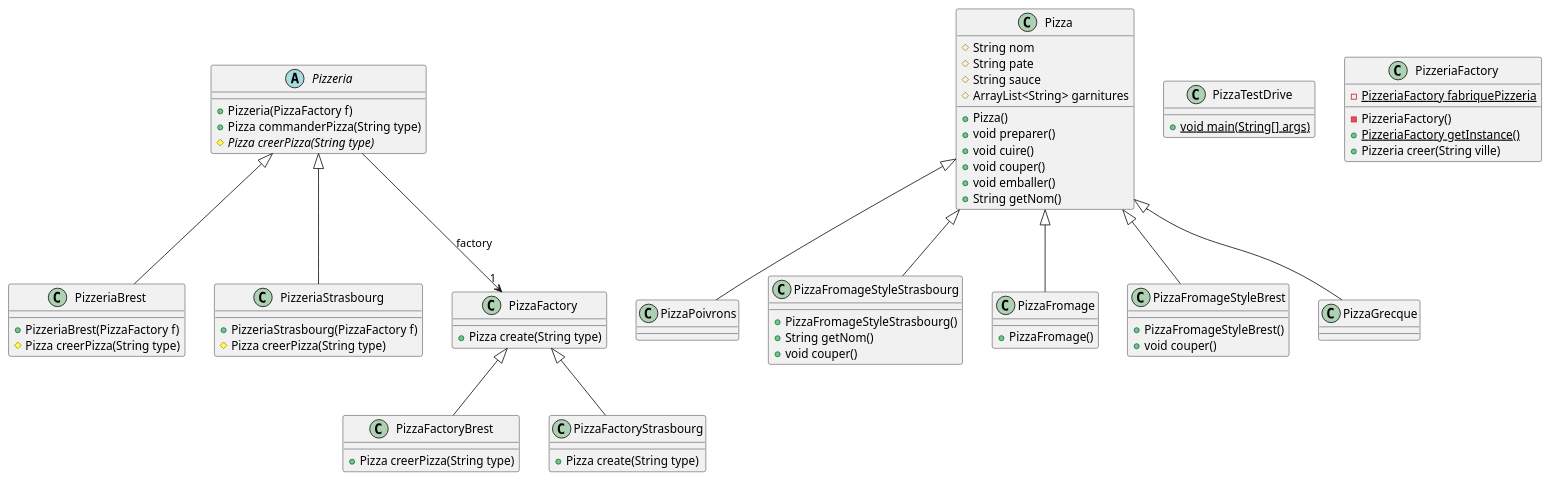
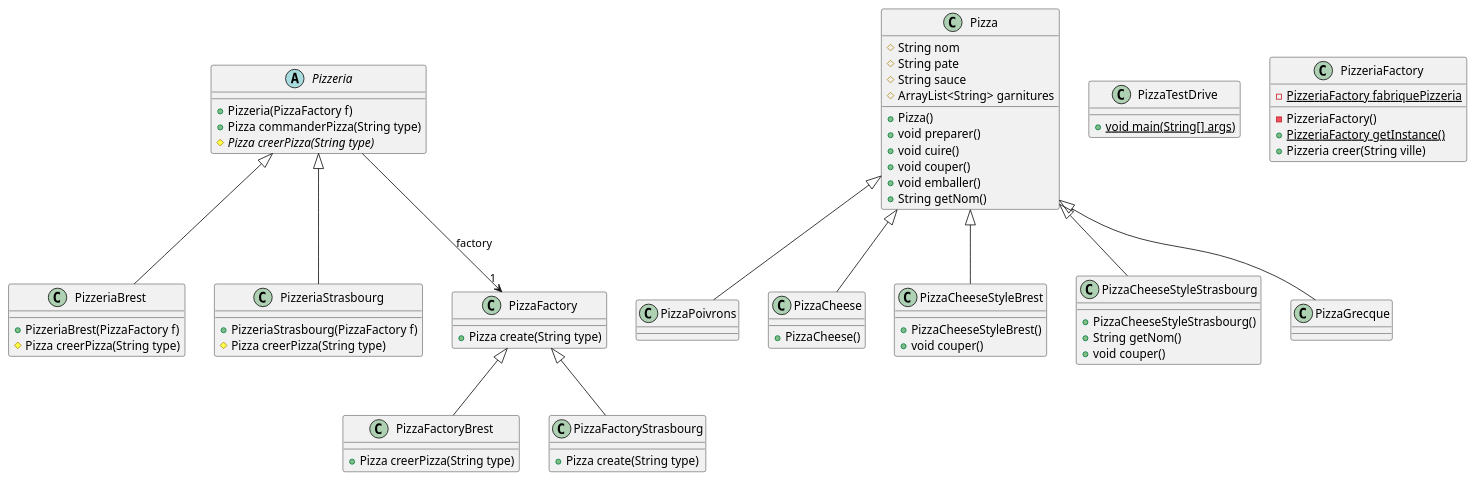
Before and after one commit to IUT-Blagnac/cpoa-tp3-uk-anaelledtn: the diagram in docs/TP3.plantuml, drawn with PlantUML. The commit also changed 6 other files, not shown here.

```diff
--- a/docs/TP3.plantuml
+++ b/docs/TP3.plantuml
@@ -1,92 +1,92 @@
 @startuml
 class PizzeriaBrest [[java:pizzeria.PizzeriaBrest]] {
 	+PizzeriaBrest(PizzaFactory f)
 	#Pizza creerPizza(String type)
 }
 class Pizzeria [[java:pizzeria.Pizzeria]] {
 }
 Pizzeria <|-- PizzeriaBrest
 class PizzaPoivrons [[java:pizza.PizzaPoivrons]] {
 }
 class Pizza [[java:pizza.Pizza]] {
 }
 Pizza <|-- PizzaPoivrons
-class PizzaFromageStyleStrasbourg [[java:pizza.PizzaFromageStyleStrasbourg]] {
-	+PizzaFromageStyleStrasbourg()
-	+String getNom()
-	+void couper()
-}
-class Pizza [[java:pizza.Pizza]] {
-}
-Pizza <|-- PizzaFromageStyleStrasbourg
 class PizzeriaStrasbourg [[java:pizzeria.PizzeriaStrasbourg]] {
 	+PizzeriaStrasbourg(PizzaFactory f)
 	#Pizza creerPizza(String type)
 }
 class Pizzeria [[java:pizzeria.Pizzeria]] {
 }
 Pizzeria <|-- PizzeriaStrasbourg
+class PizzaCheese [[java:pizza.PizzaCheese]] {
+	+PizzaCheese()
+}
+class Pizza [[java:pizza.Pizza]] {
+}
+Pizza <|-- PizzaCheese
 abstract class Pizzeria [[java:pizzeria.Pizzeria]] {
 	+Pizzeria(PizzaFactory f)
 	+Pizza commanderPizza(String type)
 	#{abstract}Pizza creerPizza(String type)
 }
 class PizzaFactory [[java:pizza.PizzaFactory]] {
 }
 Pizzeria --> "1" PizzaFactory : factory
+class PizzaCheeseStyleBrest [[java:pizza.PizzaCheeseStyleBrest]] {
+	+PizzaCheeseStyleBrest()
+	+void couper()
+}
+class Pizza [[java:pizza.Pizza]] {
+}
+Pizza <|-- PizzaCheeseStyleBrest
 class PizzaTestDrive [[java:PizzaTestDrive]] {
 	+{static}void main(String[] args)
 }
 class PizzeriaFactory [[java:pizzeria.PizzeriaFactory]] {
 	-{static}PizzeriaFactory fabriquePizzeria
 	-PizzeriaFactory()
 	+{static}PizzeriaFactory getInstance()
 	+Pizzeria creer(String ville)
 }
 abstract class Pizza [[java:pizza.Pizza]] {
 	#String nom
 	#String pate
 	#String sauce
 	#ArrayList<String> garnitures
 	+Pizza()
 	+void preparer()
 	+void cuire()
 	+void couper()
 	+void emballer()
 	+String getNom()
 }
-class PizzaFromage [[java:pizza.PizzaFromage]] {
-	+PizzaFromage()
-}
-class Pizza [[java:pizza.Pizza]] {
-}
-Pizza <|-- PizzaFromage
-class PizzaFromageStyleBrest [[java:pizza.PizzaFromageStyleBrest]] {
-	+PizzaFromageStyleBrest()
+class PizzaCheeseStyleStrasbourg [[java:pizza.PizzaCheeseStyleStrasbourg]] {
+	+PizzaCheeseStyleStrasbourg()
+	+String getNom()
 	+void couper()
 }
 class Pizza [[java:pizza.Pizza]] {
 }
-Pizza <|-- PizzaFromageStyleBrest
+Pizza <|-- PizzaCheeseStyleStrasbourg
 class PizzaGrecque [[java:pizza.PizzaGrecque]] {
 }
 class Pizza [[java:pizza.Pizza]] {
 }
 Pizza <|-- PizzaGrecque
 abstract class PizzaFactory [[java:pizza.PizzaFactory]] {
 	+Pizza create(String type)
 }
 class PizzaFactoryBrest [[java:pizza.PizzaFactoryBrest]] {
 	+Pizza creerPizza(String type)
 }
 class PizzaFactory [[java:pizza.PizzaFactory]] {
 }
 PizzaFactory <|-- PizzaFactoryBrest
 class PizzaFactoryStrasbourg [[java:pizza.PizzaFactoryStrasbourg]] {
 	+Pizza create(String type)
 }
 class PizzaFactory [[java:pizza.PizzaFactory]] {
 }
 PizzaFactory <|-- PizzaFactoryStrasbourg
 
 @enduml
```
